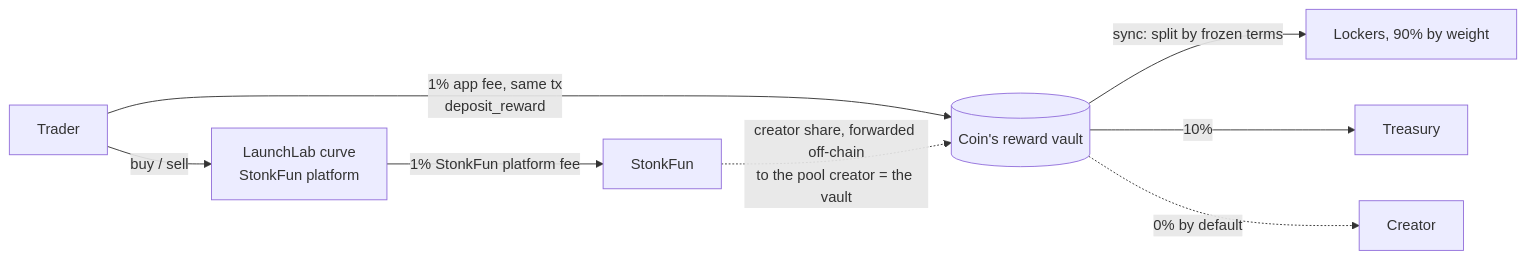
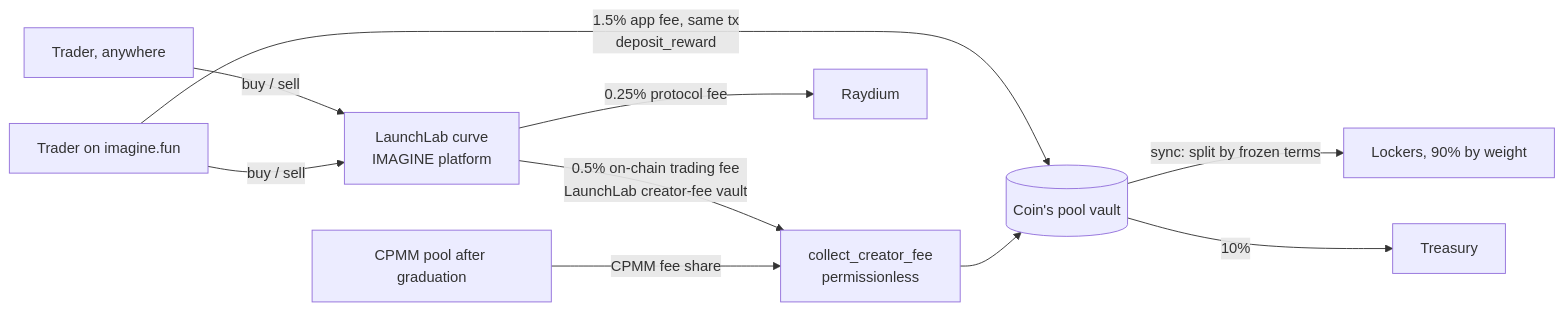
Before and after one commit to realdoomsman/imagine: the diagram in README.md, drawn with Mermaid. The commit also changed other lines of this file and 128 other files, not shown here.

Commit message:
Pivot to IMAGINE's own Raydium LaunchLab platform: on-chain 0.5% pool fee, collect_creator_fee, 1.5% app fee, no StonkFun

````diff
--- a/README.md
+++ b/README.md
@@ -19,10 +21,12 @@
 ```mermaid
 flowchart LR
-  T[Trader] -->|buy / sell| L[LaunchLab curve<br/>StonkFun platform]
-  T -->|1% app fee, same tx<br/>deposit_reward| V[(Coin's reward vault)]
-  L -->|1% StonkFun platform fee| S[StonkFun]
-  S -.->|creator share, forwarded off-chain<br/>to the pool creator = the vault| V
+  T[Trader, anywhere] -->|buy / sell| L[LaunchLab curve<br/>IMAGINE platform]
+  W[Trader on imagine.fun] -->|buy / sell| L
+  W -->|1.5% app fee, same tx<br/>deposit_reward| V[(Coin's pool vault)]
+  L -->|0.5% on-chain trading fee<br/>LaunchLab creator-fee vault| F[collect_creator_fee<br/>permissionless]
+  M[CPMM pool after graduation] -->|CPMM fee share| F
+  F --> V
+  L -->|0.25% protocol fee| R[Raydium]
   V -->|sync: split by frozen terms| K[Lockers, 90% by weight]
   V -->|10%| Y[Treasury]
-  V -.->|0% by default| C[Creator]
 ```
````
